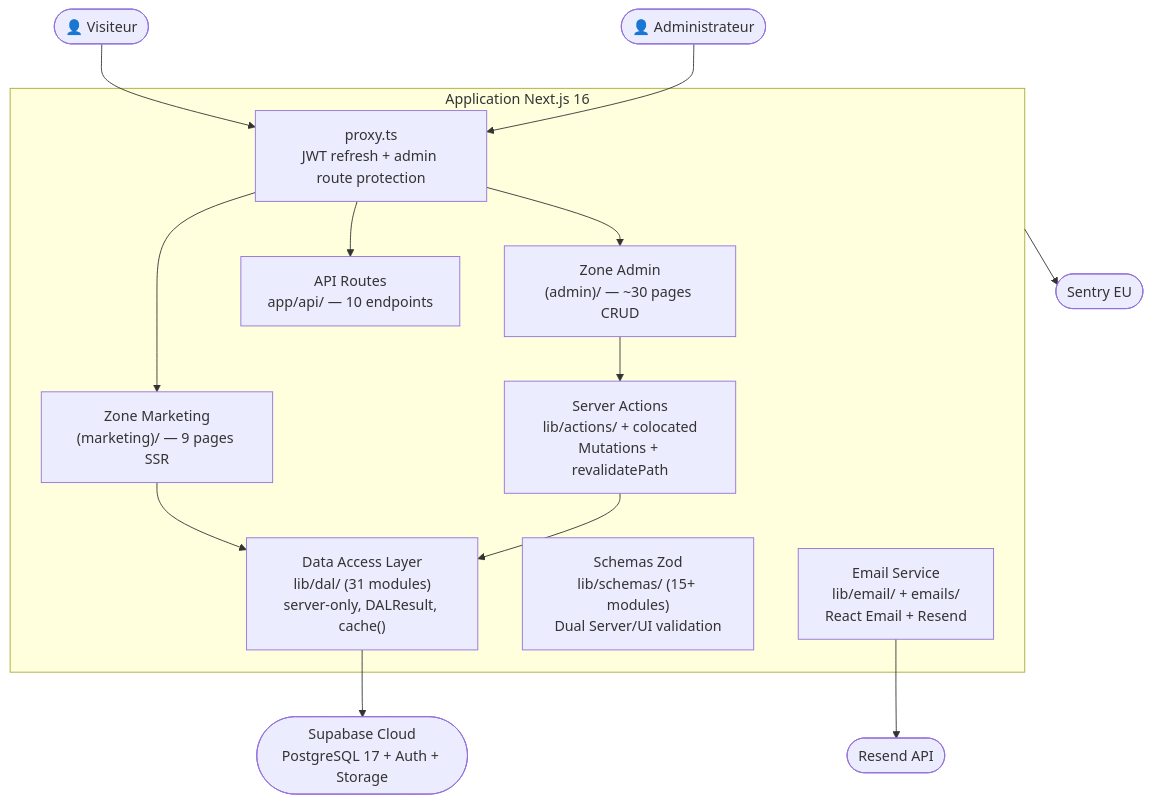
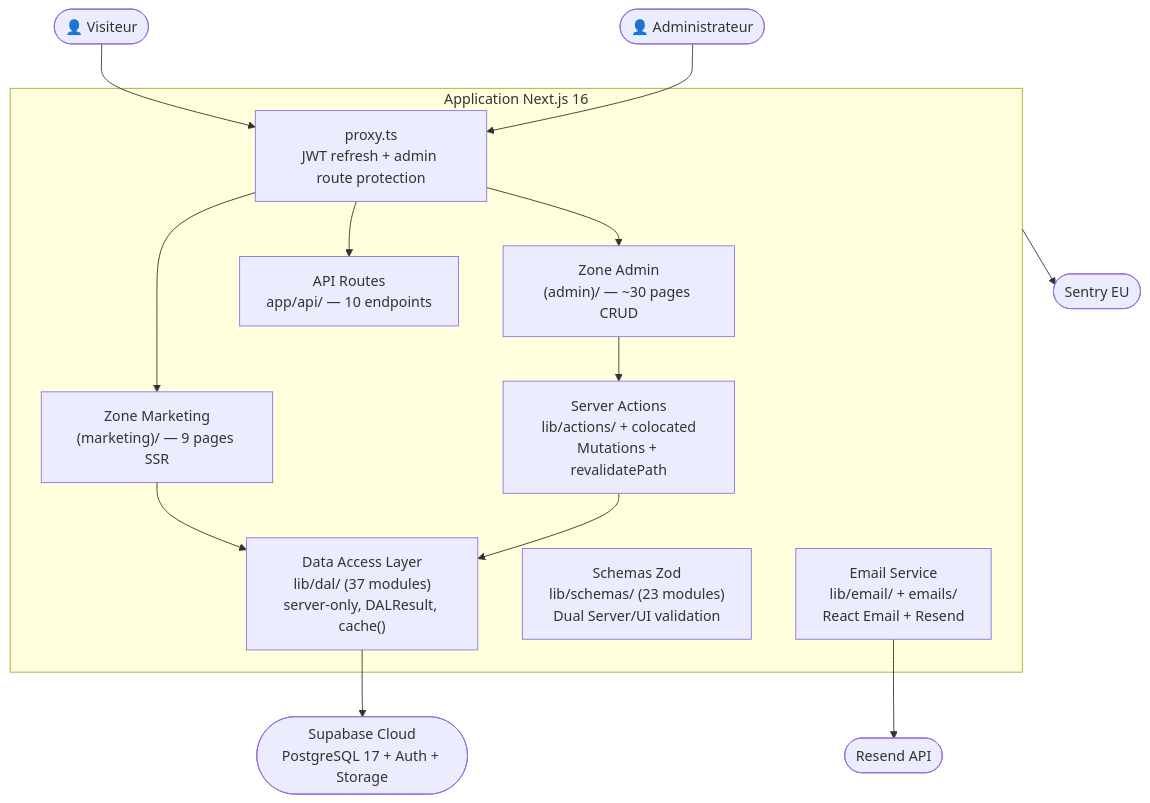
The second of 4 diagrams in memory-bank/architecture/Project_Architecture_Blueprint.md (YanBerdin/rougecardinalcompany), drawn with Mermaid before and after one commit. The commit also changed other lines of this file and 5 other files, not shown here.

````diff
--- a/memory-bank/architecture/Project_Architecture_Blueprint.md
+++ b/memory-bank/architecture/Project_Architecture_Blueprint.md
@@ -134,32 +134,32 @@
 ```mermaid
 flowchart TB
     visitor(["👤 Visiteur"])
     admin(["👤 Administrateur"])
 
     subgraph app["Application Next.js 16"]
         proxy["proxy.ts\nJWT refresh + admin route protection"]
         marketing["Zone Marketing\n(marketing)/ — 9 pages SSR"]
         backoffice["Zone Admin\n(admin)/ — ~30 pages CRUD"]
         api["API Routes\napp/api/ — 10 endpoints"]
         actions["Server Actions\nlib/actions/ + colocated\nMutations + revalidatePath"]
-        dal["Data Access Layer\nlib/dal/ (31 modules)\nserver-only, DALResult, cache()"]
-        schemas["Schemas Zod\nlib/schemas/ (15+ modules)\nDual Server/UI validation"]
+        dal["Data Access Layer\nlib/dal/ (37 modules)\nserver-only, DALResult, cache()"]
+        schemas["Schemas Zod\nlib/schemas/ (23 modules)\nDual Server/UI validation"]
         email["Email Service\nlib/email/ + emails/\nReact Email + Resend"]
     end
 
     supabase(["Supabase Cloud\nPostgreSQL 17 + Auth + Storage"])
     resend(["Resend API"])
     sentry(["Sentry EU"])
 
     visitor --> proxy
     admin --> proxy
     proxy --> marketing
     proxy --> backoffice
     proxy --> api
     marketing --> dal
     backoffice --> actions
     actions --> dal
     dal --> supabase
     email --> resend
     app --> sentry
 ```
````
